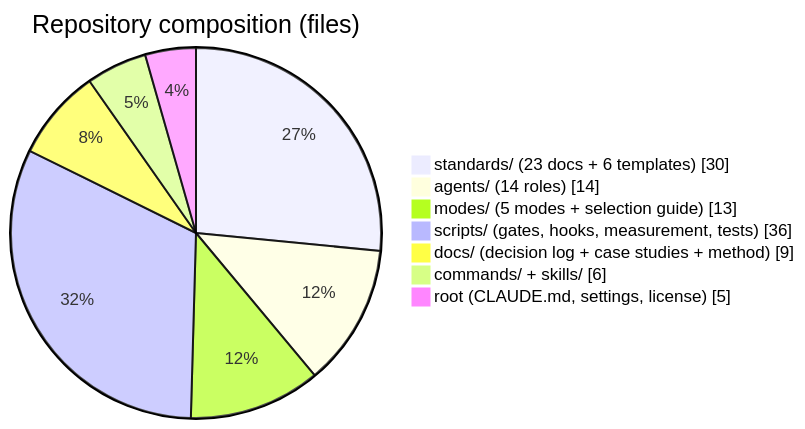
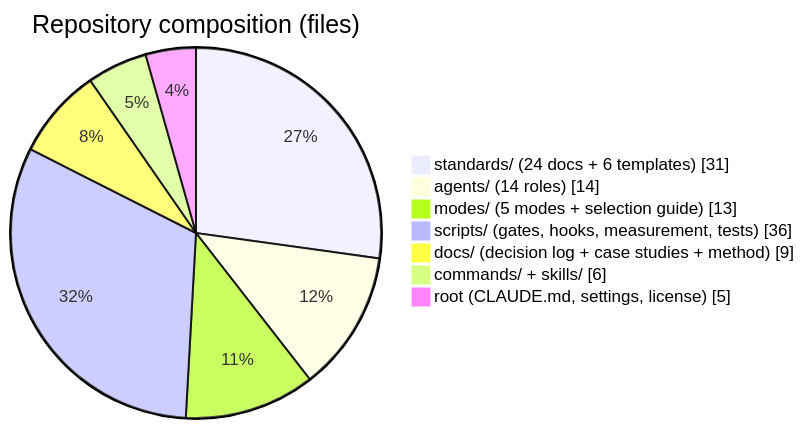
One commit to adyusuf/claude-code-standards changed the second of 4 diagrams in README.md. Above: the diagram before and after it, drawn with Mermaid. The commit also changed other lines of this file and 4 other files, not shown here.

First line of the commit message:
docs(standards): move 00 §13/§13a to 23-delivery-flow-tuning.md (#9)

````diff
--- a/README.md
+++ b/README.md
@@ -211,10 +211,10 @@
 ```mermaid
 pie showData title Repository composition (files)
- "standards/ (23 docs + 6 templates)" : 30
+ "standards/ (24 docs + 6 templates)" : 31
  "agents/ (14 roles)" : 14
  "modes/ (5 modes + selection guide)" : 13
  "scripts/ (gates, hooks, measurement, tests)" : 36
  "docs/ (decision log + case studies + method)" : 9
  "commands/ + skills/" : 6
  "root (CLAUDE.md, settings, license)" : 5
 ```
````
